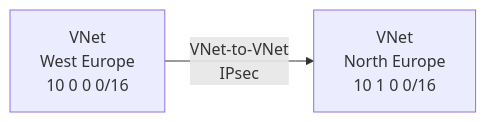
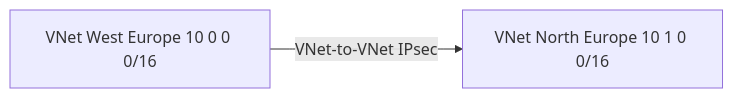
The fourth of 7 diagrams in Microsoft 365/Azure/Netzwerk/Azure VPN Gateway.md (SoniiiT/notes-n-docs), drawn with Mermaid before and after one commit. The commit also changed other lines of this file and 124 other files, not shown here.

First line of the commit message:
fix: Entferne \n aus allen Mermaid-Diagrammen (125 Dateien)

````diff
--- a/Microsoft 365/Azure/Netzwerk/Azure VPN Gateway.md
+++ b/Microsoft 365/Azure/Netzwerk/Azure VPN Gateway.md
@@ -182,4 +182,4 @@
 ```mermaid
 graph LR
-    VNET_WE[VNet\nWest Europe\n10 0 0 0/16] -->|VNet-to-VNet\nIPsec| VNET_NE[VNet\nNorth Europe\n10 1 0 0/16]
+    VNET_WE[VNet West Europe 10 0 0 0/16] -->|VNet-to-VNet IPsec| VNET_NE[VNet North Europe 10 1 0 0/16]
 ```
````
